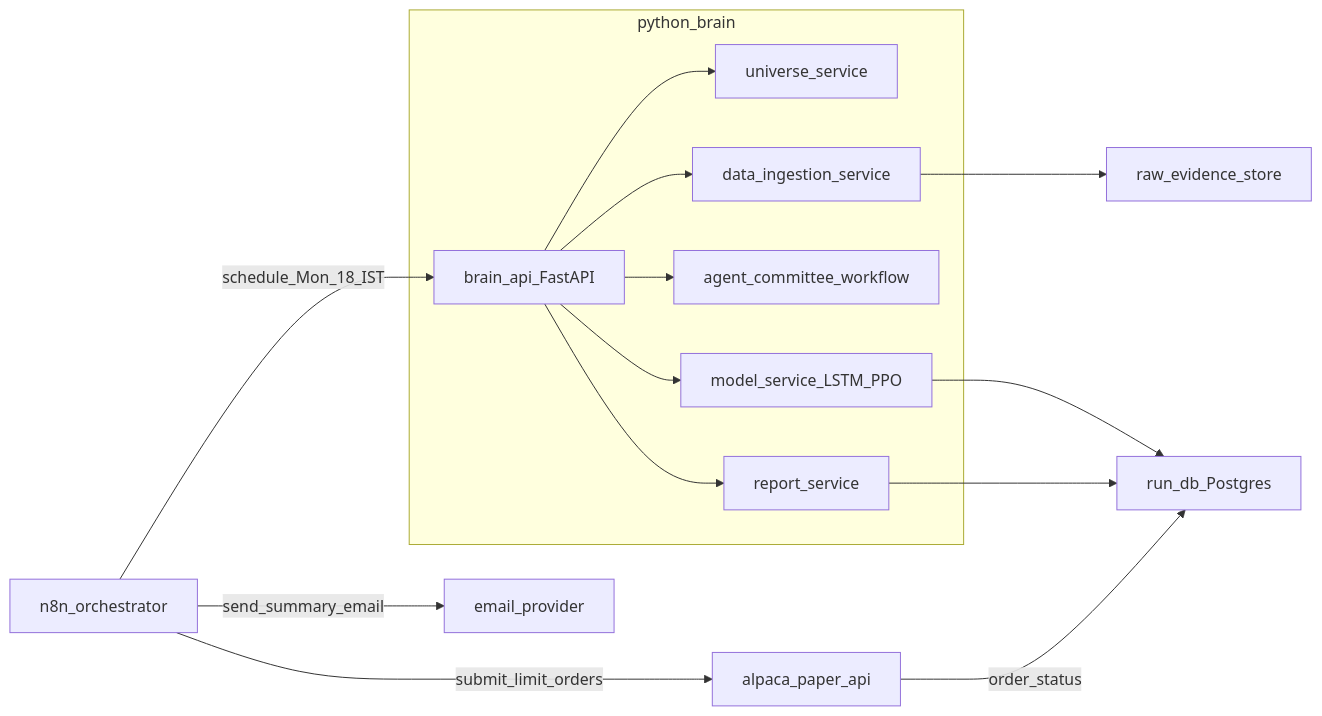
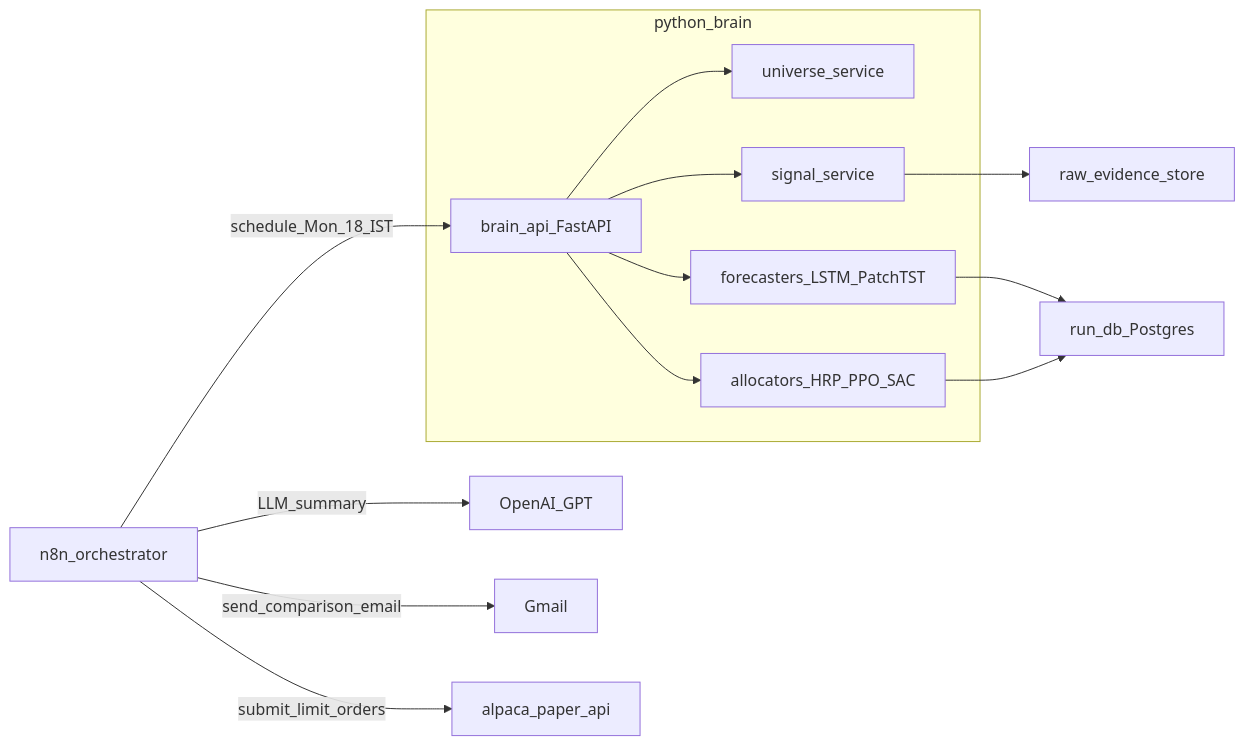
The first of 3 diagrams in README.md (hajirazin/LearnFinance-2025), drawn with Mermaid before and after one commit. The commit also changed other lines of this file and 1 other file, not shown here.

First line of the commit message:
docs(*): Document complete learning-focused architecture with SAC, PatchTST, and signal flow

````diff
--- a/README.md
+++ b/README.md
@@ -32,20 +34,19 @@
 ```mermaid
 flowchart LR
   n8n[n8n_orchestrator] -->|schedule_Mon_18_IST| runApi[brain_api_FastAPI]
 
   subgraph brain[python_brain]
     runApi --> universe[universe_service]
-    runApi --> ingest[data_ingestion_service]
-    runApi --> agents[agent_committee_workflow]
-    runApi --> models[model_service_LSTM_PPO]
-    runApi --> report[report_service]
+    runApi --> signals[signal_service]
+    runApi --> forecasters[forecasters_LSTM_PatchTST]
+    runApi --> allocators[allocators_HRP_PPO_SAC]
   end
 
-  ingest --> raw[raw_evidence_store]
-  models --> db[run_db_Postgres]
-  report --> db
+  signals --> raw[raw_evidence_store]
+  forecasters --> db[run_db_Postgres]
+  allocators --> db
 
+  n8n -->|LLM_summary| openai[OpenAI_GPT]
+  n8n -->|send_comparison_email| email[Gmail]
   n8n -->|submit_limit_orders| alpaca[alpaca_paper_api]
-  n8n -->|send_summary_email| email[email_provider]
-  alpaca -->|order_status| db
 ```
````
